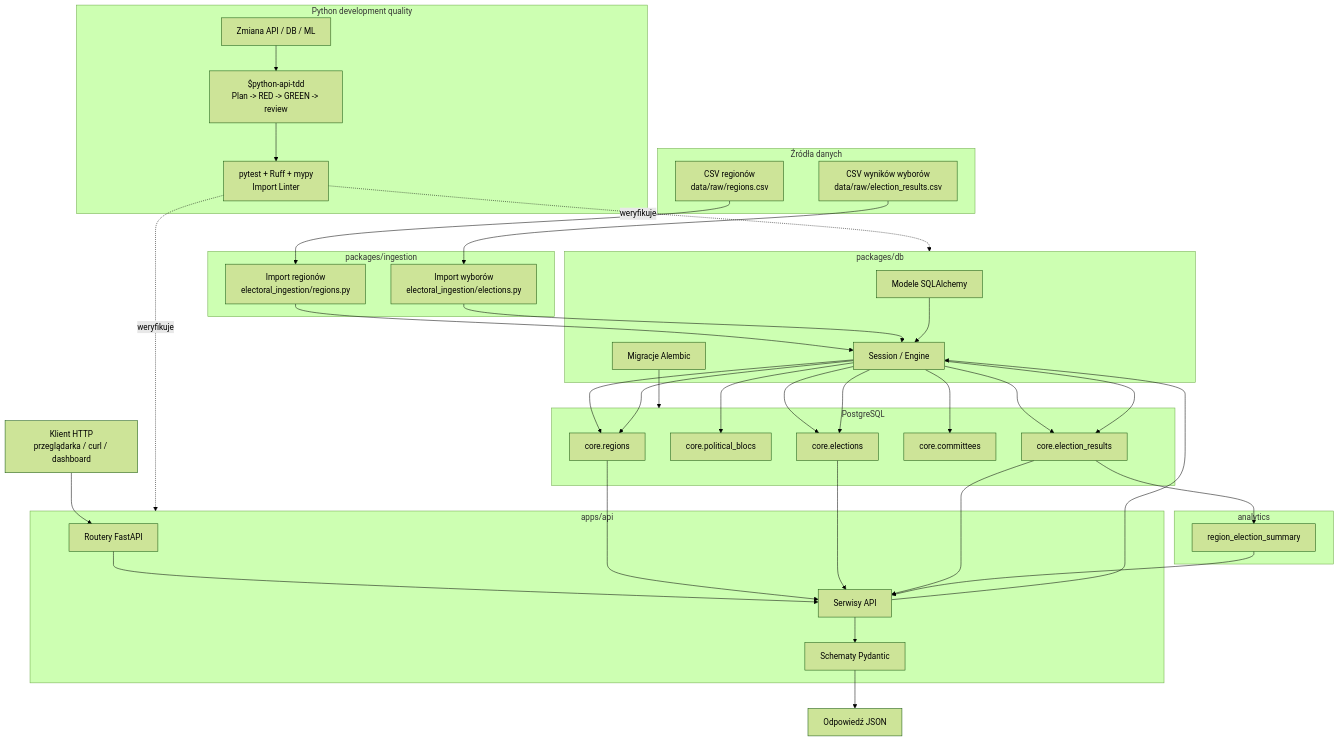
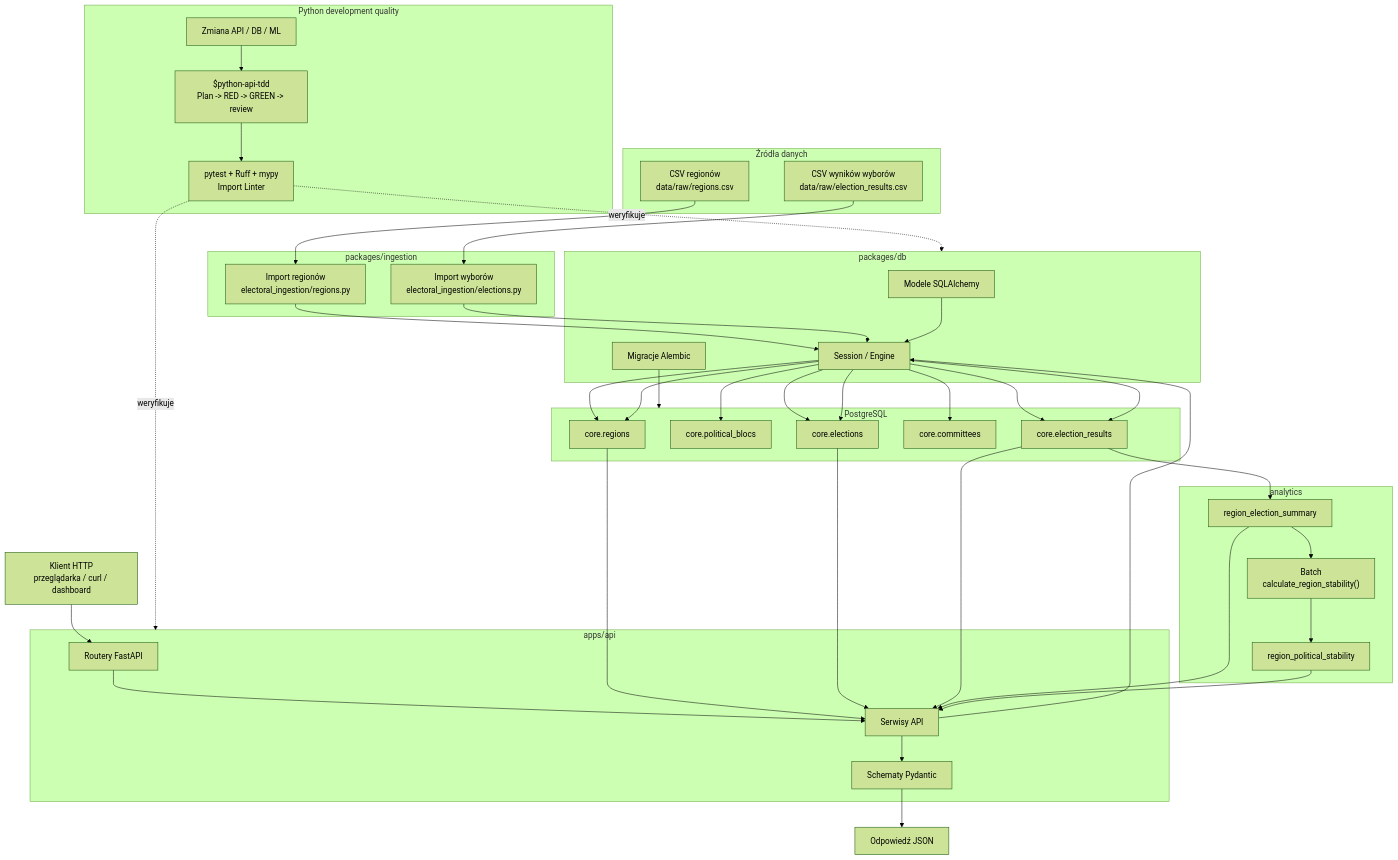
Before and after one commit to DawidKK/electoral-drift: the sixth of 6 diagrams in docs/flow.md, drawn with Mermaid (forest theme). The commit also changed other lines of this file and 11 other files, not shown here.

````diff
--- a/docs/flow.md
+++ b/docs/flow.md
@@ -206,76 +242,81 @@
 ```mermaid
 flowchart TD
     subgraph sources["Źródła danych"]
         raw_regions["CSV regionów<br/>data/raw/regions.csv"]
         raw_elections["CSV wyników wyborów<br/>data/raw/election_results.csv"]
     end
 
     subgraph ingestion["packages/ingestion"]
         regions_import["Import regionów<br/>electoral_ingestion/regions.py"]
         elections_import["Import wyborów<br/>electoral_ingestion/elections.py"]
     end
 
     subgraph db_pkg["packages/db"]
         db_models["Modele SQLAlchemy"]
         db_session["Session / Engine"]
         alembic["Migracje Alembic"]
     end
 
     subgraph postgres["PostgreSQL"]
         core_regions["core.regions"]
         core_blocs["core.political_blocs"]
         core_elections["core.elections"]
         core_committees["core.committees"]
         core_results["core.election_results"]
     end
 
     subgraph api["apps/api"]
         api_router["Routery FastAPI"]
         api_service["Serwisy API"]
         api_schema["Schematy Pydantic"]
     end
 
     subgraph analytics["analytics"]
         region_summary["region_election_summary"]
+        stability_batch["Batch<br/>calculate_region_stability()"]
+        region_stability["region_political_stability"]
     end
 
     subgraph quality["Python development quality"]
         developer["Zmiana API / DB / ML"]
         tdd_skill["$python-api-tdd<br/>Plan -> RED -> GREEN -> review"]
         quality_gates["pytest + Ruff + mypy<br/>Import Linter"]
     end
 
     client["Klient HTTP<br/>przeglądarka / curl / dashboard"]
     json["Odpowiedź JSON"]
 
     developer --> tdd_skill
     tdd_skill --> quality_gates
     quality_gates -. "weryfikuje" .-> api
     quality_gates -. "weryfikuje" .-> db_pkg
 
     raw_regions --> regions_import
     raw_elections --> elections_import
     regions_import --> db_session
     elections_import --> db_session
     db_models --> db_session
     alembic --> postgres
     db_session --> core_regions
     db_session --> core_blocs
     db_session --> core_elections
     db_session --> core_committees
     db_session --> core_results
 
     client --> api_router
     api_router --> api_service
     api_service --> db_session
     db_session --> core_regions
     db_session --> core_elections
     db_session --> core_results
     core_results --> region_summary
+    region_summary --> stability_batch
+    stability_batch --> region_stability
     core_regions --> api_service
     core_elections --> api_service
     core_results --> api_service
     region_summary --> api_service
+    region_stability --> api_service
     api_service --> api_schema
     api_schema --> json
 ```
````
